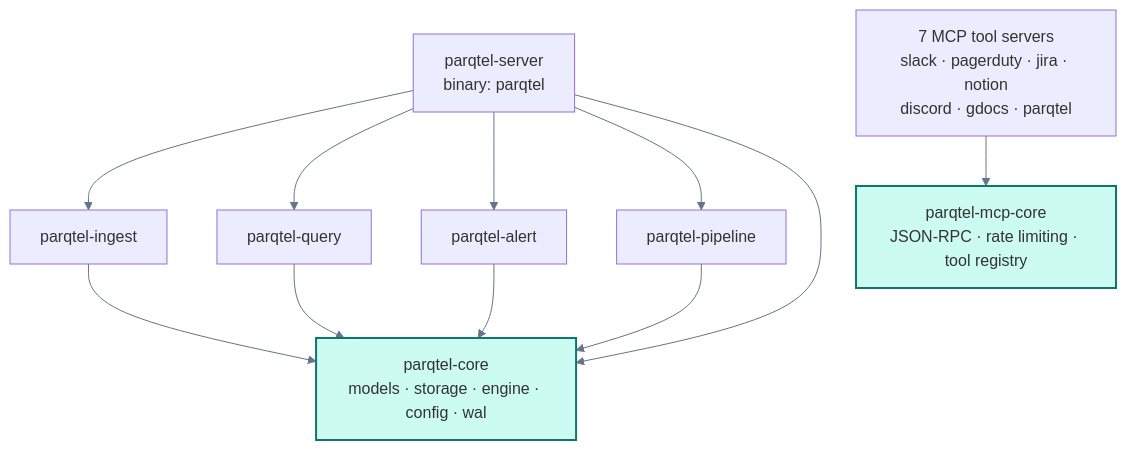
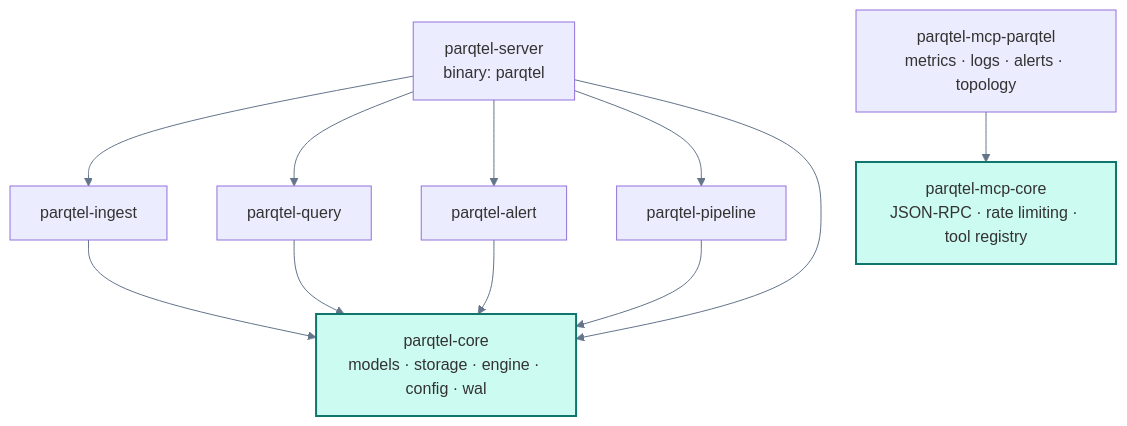
The diagram in docs/assets/diagrams/src/crate-graph.mmd (parqtel/parqtel-oss), drawn with Mermaid before and after one commit. The commit also changed 13 other files, not shown here.

First line of the commit message:
docs: update architecture, diagrams, and guides for parqtel-mcp-parqtel only

```diff
--- a/docs/assets/diagrams/src/crate-graph.mmd
+++ b/docs/assets/diagrams/src/crate-graph.mmd
@@ -1,26 +1,26 @@
 flowchart TD
     SRV["parqtel-server<br/>binary: parqtel"]
     ING["parqtel-ingest"]
     QRY["parqtel-query"]
     ALR["parqtel-alert"]
     PIPE["parqtel-pipeline"]
     CORE["parqtel-core<br/>models · storage · engine · config · wal"]
 
-    TOOLS["7 MCP tool servers<br/>slack · pagerduty · jira · notion<br/>discord · gdocs · parqtel"]
+    TOOLS["parqtel-mcp-parqtel<br/>metrics · logs · alerts · topology"]
     MCPC["parqtel-mcp-core<br/>JSON-RPC · rate limiting · tool registry"]
 
     SRV --> ING
     SRV --> QRY
     SRV --> ALR
     SRV --> PIPE
     SRV --> CORE
     ING --> CORE
     QRY --> CORE
     ALR --> CORE
     PIPE --> CORE
 
     TOOLS --> MCPC
 
     classDef core fill:#ccfbf1,stroke:#0f766e,stroke-width:2px
     class CORE,MCPC core
     linkStyle default stroke:#64748b
```
